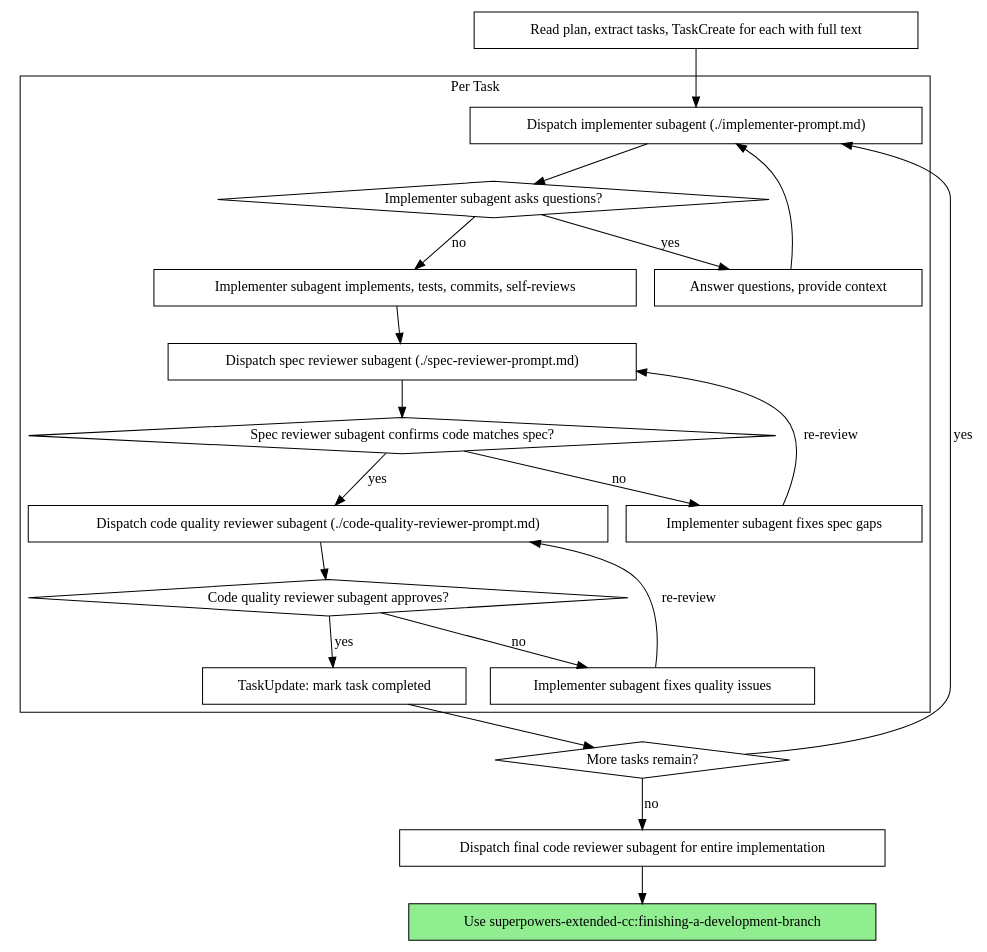
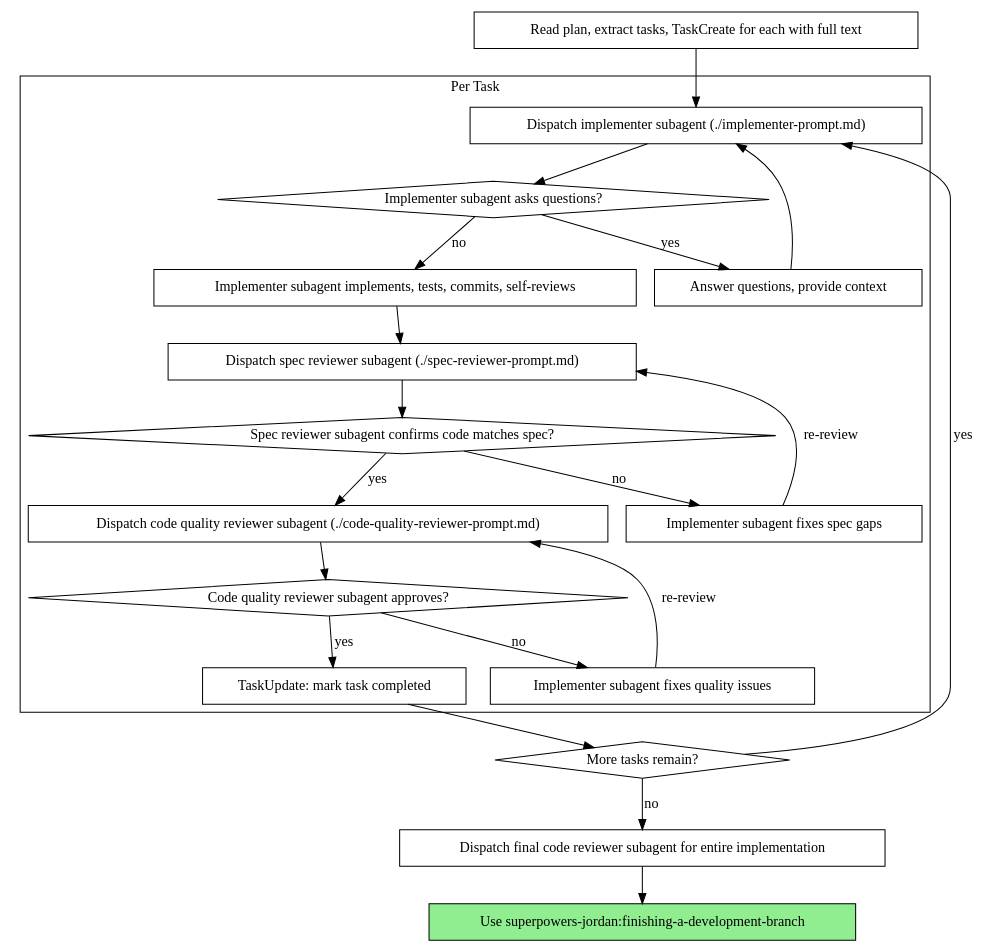
The second of 3 diagrams in skills/subagent-driven-development/SKILL.md (jordanmiguel/superpowers), drawn with Graphviz before and after one commit. The commit also changed other lines of this file and 19 other files, not shown here.

````diff
--- a/skills/subagent-driven-development/SKILL.md
+++ b/skills/subagent-driven-development/SKILL.md
@@ -50,44 +50,44 @@
 ```dot
 digraph process {
     rankdir=TB;
 
     subgraph cluster_per_task {
         label="Per Task";
         "Dispatch implementer subagent (./implementer-prompt.md)" [shape=box];
         "Implementer subagent asks questions?" [shape=diamond];
         "Answer questions, provide context" [shape=box];
         "Implementer subagent implements, tests, commits, self-reviews" [shape=box];
         "Dispatch spec reviewer subagent (./spec-reviewer-prompt.md)" [shape=box];
         "Spec reviewer subagent confirms code matches spec?" [shape=diamond];
         "Implementer subagent fixes spec gaps" [shape=box];
         "Dispatch code quality reviewer subagent (./code-quality-reviewer-prompt.md)" [shape=box];
         "Code quality reviewer subagent approves?" [shape=diamond];
         "Implementer subagent fixes quality issues" [shape=box];
         "TaskUpdate: mark task completed" [shape=box];
     }
 
     "Read plan, extract tasks, TaskCreate for each with full text" [shape=box];
     "More tasks remain?" [shape=diamond];
     "Dispatch final code reviewer subagent for entire implementation" [shape=box];
-    "Use superpowers-extended-cc:finishing-a-development-branch" [shape=box style=filled fillcolor=lightgreen];
+    "Use superpowers-jordan:finishing-a-development-branch" [shape=box style=filled fillcolor=lightgreen];
 
     "Read plan, extract tasks, TaskCreate for each with full text" -> "Dispatch implementer subagent (./implementer-prompt.md)";
     "Dispatch implementer subagent (./implementer-prompt.md)" -> "Implementer subagent asks questions?";
     "Implementer subagent asks questions?" -> "Answer questions, provide context" [label="yes"];
     "Answer questions, provide context" -> "Dispatch implementer subagent (./implementer-prompt.md)";
     "Implementer subagent asks questions?" -> "Implementer subagent implements, tests, commits, self-reviews" [label="no"];
     "Implementer subagent implements, tests, commits, self-reviews" -> "Dispatch spec reviewer subagent (./spec-reviewer-prompt.md)";
     "Dispatch spec reviewer subagent (./spec-reviewer-prompt.md)" -> "Spec reviewer subagent confirms code matches spec?";
     "Spec reviewer subagent confirms code matches spec?" -> "Implementer subagent fixes spec gaps" [label="no"];
     "Implementer subagent fixes spec gaps" -> "Dispatch spec reviewer subagent (./spec-reviewer-prompt.md)" [label="re-review"];
     "Spec reviewer subagent confirms code matches spec?" -> "Dispatch code quality reviewer subagent (./code-quality-reviewer-prompt.md)" [label="yes"];
     "Dispatch code quality reviewer subagent (./code-quality-reviewer-prompt.md)" -> "Code quality reviewer subagent approves?";
     "Code quality reviewer subagent approves?" -> "Implementer subagent fixes quality issues" [label="no"];
     "Implementer subagent fixes quality issues" -> "Dispatch code quality reviewer subagent (./code-quality-reviewer-prompt.md)" [label="re-review"];
     "Code quality reviewer subagent approves?" -> "TaskUpdate: mark task completed" [label="yes"];
     "TaskUpdate: mark task completed" -> "More tasks remain?";
     "More tasks remain?" -> "Dispatch implementer subagent (./implementer-prompt.md)" [label="yes"];
     "More tasks remain?" -> "Dispatch final code reviewer subagent for entire implementation" [label="no"];
-    "Dispatch final code reviewer subagent for entire implementation" -> "Use superpowers-extended-cc:finishing-a-development-branch";
+    "Dispatch final code reviewer subagent for entire implementation" -> "Use superpowers-jordan:finishing-a-development-branch";
 }
 ```
````
